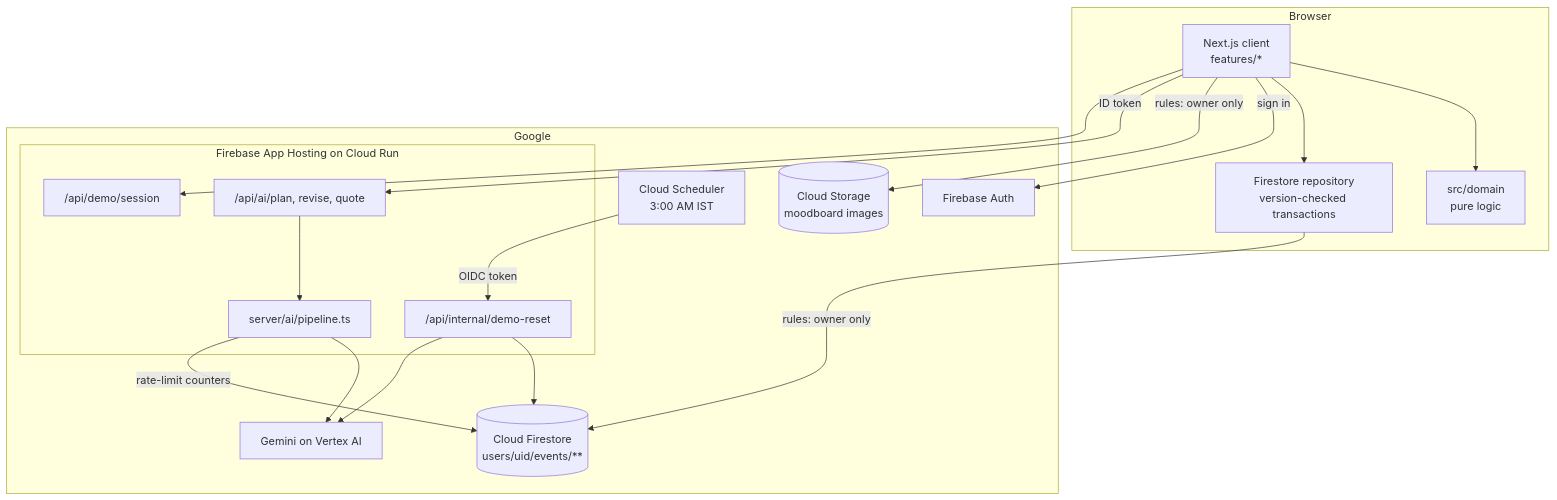
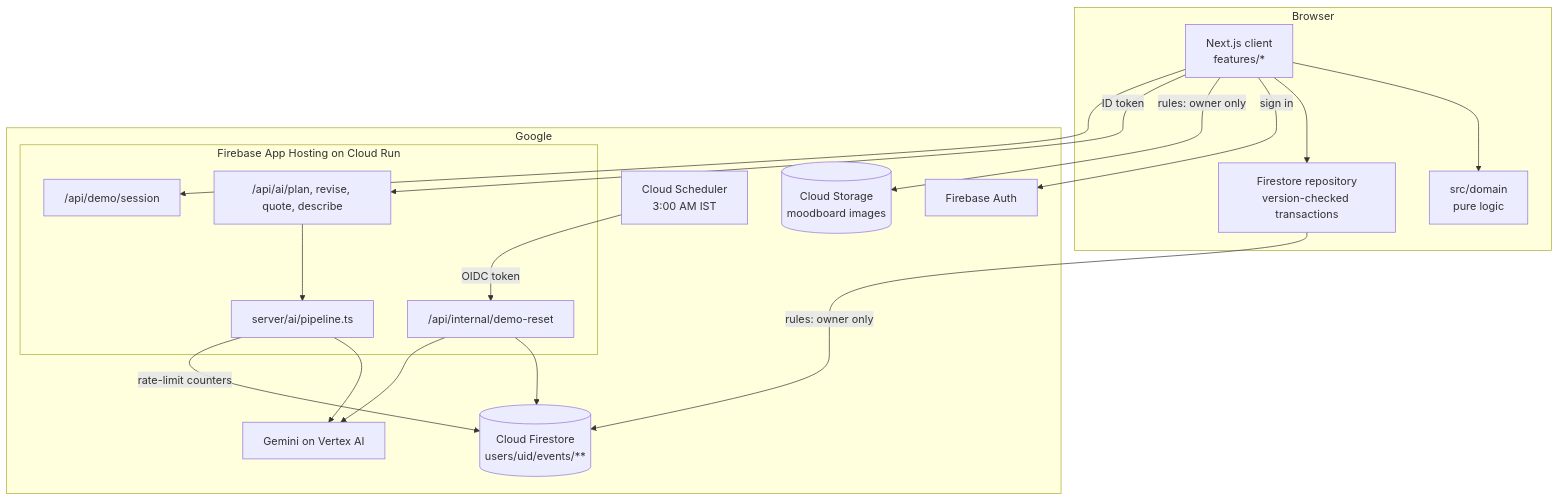
Before and after one commit to extreme-tough/plancraft: the second of 2 diagrams in docs/architecture.md, drawn with Mermaid. The commit also changed other lines of this file and 16 other files, not shown here.

````diff
--- a/docs/architecture.md
+++ b/docs/architecture.md
@@ -30,31 +32,31 @@
 ```mermaid
 flowchart TB
   subgraph Browser
     ui[Next.js client<br/>features/*]
     dom[src/domain<br/>pure logic]
     repo[Firestore repository<br/>version-checked transactions]
     ui --> dom
     ui --> repo
   end
   subgraph Google
     auth[Firebase Auth]
     fs[(Cloud Firestore<br/>users/uid/events/**)]
     st[(Cloud Storage<br/>moodboard images)]
     subgraph AppHosting[Firebase App Hosting on Cloud Run]
-      api["/api/ai/plan, revise, quote"]
+      api["/api/ai/plan, revise, quote, describe"]
       pipe["server/ai/pipeline.ts"]
       session["/api/demo/session"]
       reset["/api/internal/demo-reset"]
     end
     vertex[Gemini on Vertex AI]
     sched[Cloud Scheduler<br/>3:00 AM IST]
   end
   ui -- sign in --> auth
   repo -- rules: owner only --> fs
   ui -- rules: owner only --> st
   ui -- ID token --> api --> pipe --> vertex
   pipe -- rate-limit counters --> fs
   ui --> session
   sched -- OIDC token --> reset --> fs
   reset --> vertex
 ```
````
